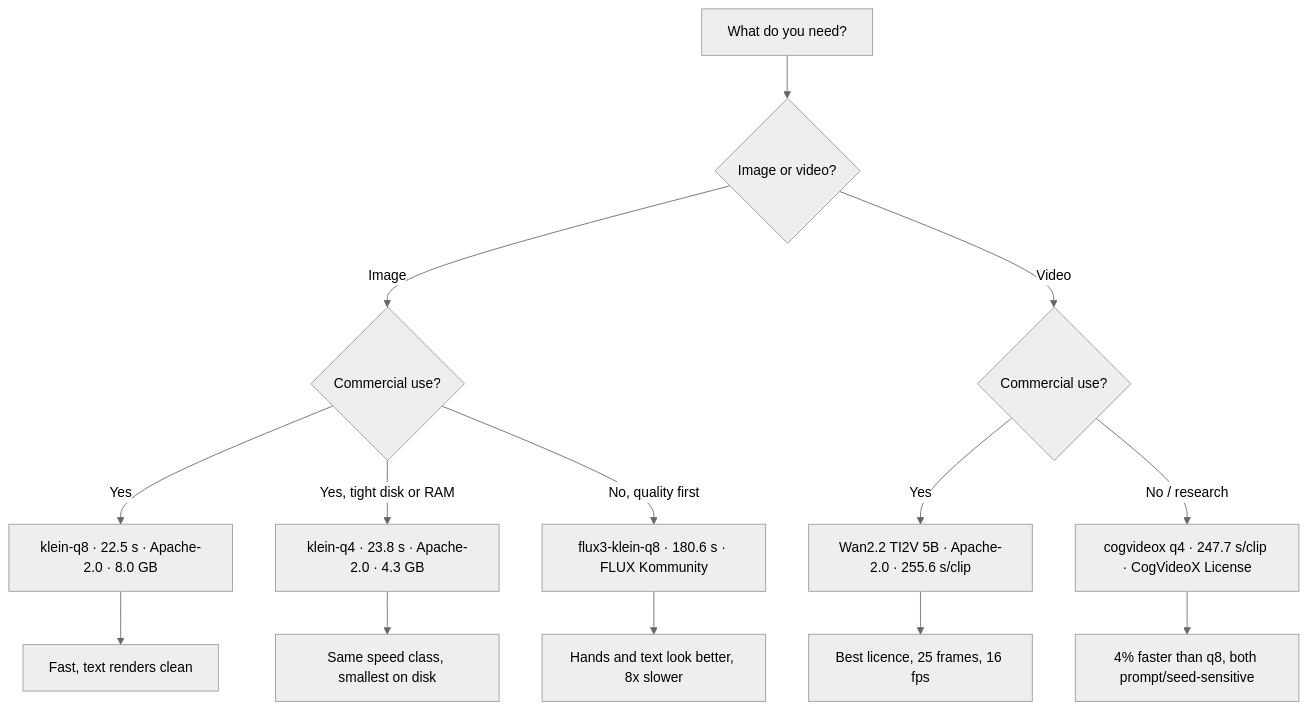
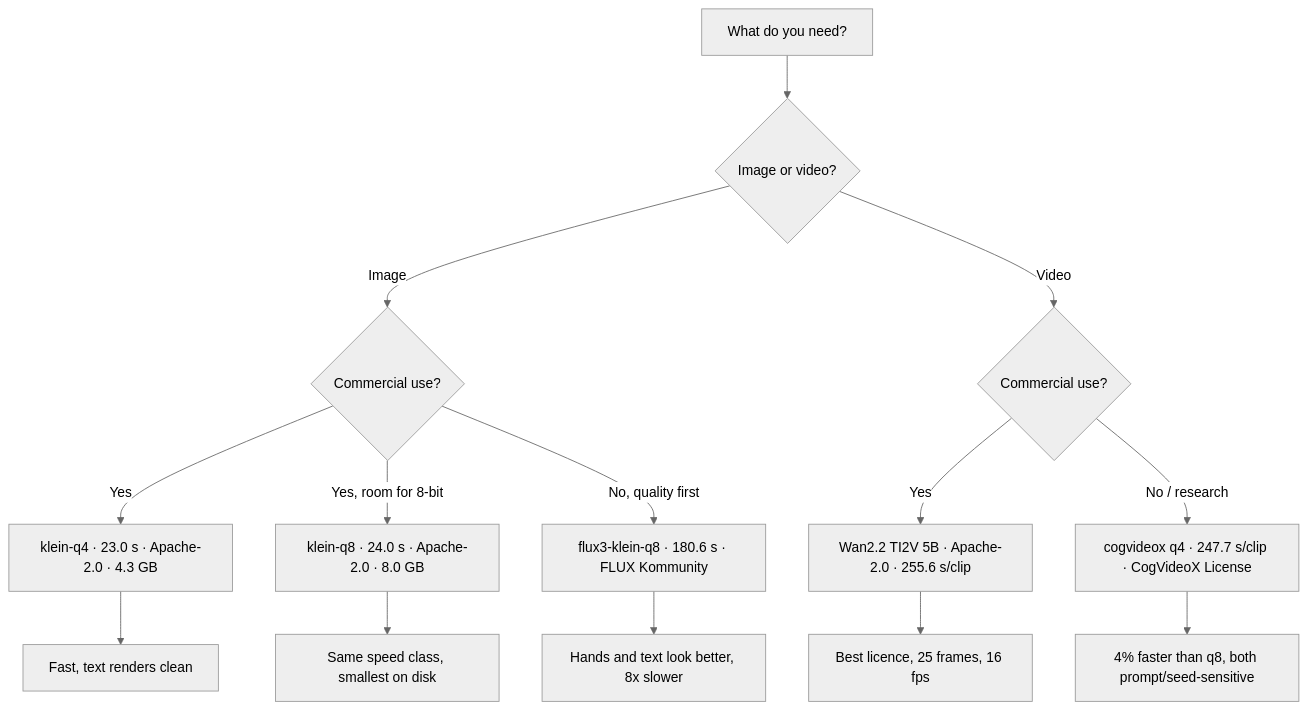
The first of 4 diagrams in README.md (mahirfatih/local-generation-benchmark-m1-max), drawn with Mermaid (neutral theme) before and after one commit. The commit also changed other lines of this file and 29 other files, not shown here.

````diff
--- a/README.md
+++ b/README.md
@@ -53,16 +53,16 @@
 ```mermaid
 flowchart TD
     A[What do you need?] --> B{Image or video?}
     B -->|Image| C{Commercial use?}
     B -->|Video| D{Commercial use?}
-    C -->|Yes| E[klein-q8 · 22.5 s · Apache-2.0 · 8.0 GB]
-    C -->|Yes, tight disk or RAM| E4[klein-q4 · 23.8 s · Apache-2.0 · 4.3 GB]
+    C -->|Yes| E[klein-q4 · 23.0 s · Apache-2.0 · 4.3 GB]
+    C -->|Yes, room for 8-bit| E4[klein-q8 · 24.0 s · Apache-2.0 · 8.0 GB]
     C -->|No, quality first| F[flux3-klein-q8 · 180.6 s · FLUX Kommunity]
     D -->|Yes| G[Wan2.2 TI2V 5B · Apache-2.0 · 255.6 s/clip]
     D -->|No / research| H[cogvideox q4 · 247.7 s/clip · CogVideoX License]
     E --> I[Fast, text renders clean]
     E4 --> I4[Same speed class, smallest on disk]
     F --> J[Hands and text look better, 8x slower]
     G --> K[Best licence, 25 frames, 16 fps]
     H --> L[4% faster than q8, both prompt/seed-sensitive]
 ```
````
